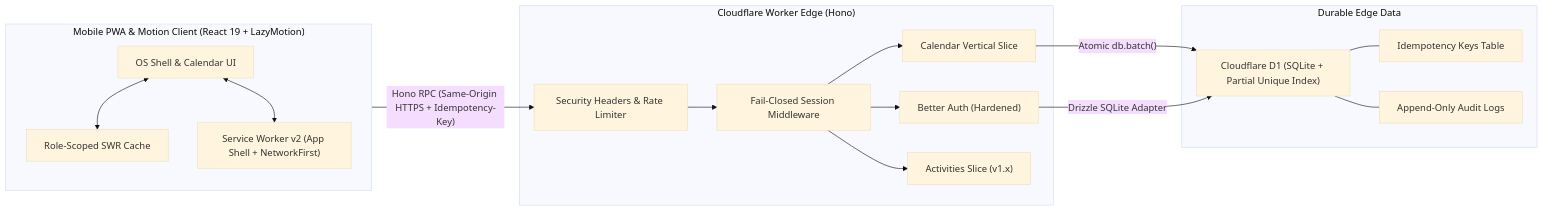
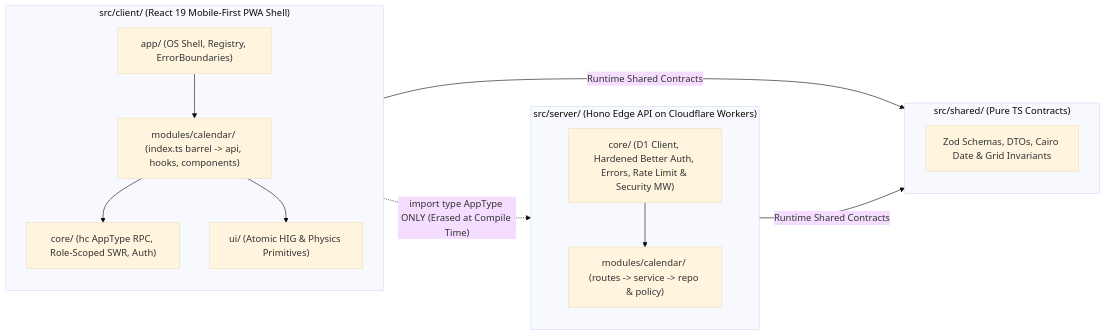
One commit to mostafammy/nvmsa-os changed the first of 3 diagrams in docs/specs/NVMSA_OS_MASTER_SPEC.md. Above: the diagram before and after it, drawn with Mermaid (base theme). The commit also changed other lines of this file, not shown here.

Commit message:
docs(spec): unify RFC-001 canonical specification with v1.0 codebase audit and migration plan

````diff
--- a/docs/specs/NVMSA_OS_MASTER_SPEC.md
+++ b/docs/specs/NVMSA_OS_MASTER_SPEC.md
@@ -101,34 +73,26 @@
 ```mermaid
 flowchart LR
-  subgraph Client["Mobile PWA & Motion Client (React 19 + LazyMotion)"]
-    UI["OS Shell & Calendar UI"]
-    Cache["Role-Scoped SWR Cache"]
-    SW["Service Worker v2 (App Shell + NetworkFirst)"]
-    UI <--> Cache
-    UI <--> SW
+  subgraph Client["src/client/ (React 19 Mobile-First PWA Shell)"]
+    App["app/ (OS Shell, Registry, ErrorBoundaries)"]
+    CoreC["core/ (hc AppType RPC, Role-Scoped SWR, Auth)"]
+    UI["ui/ (Atomic HIG & Physics Primitives)"]
+    ModC["modules/calendar/ (index.ts barrel -> api, hooks, components)"]
+    App --> ModC
+    ModC --> CoreC
+    ModC --> UI
   end
 
-  subgraph Edge["Cloudflare Worker Edge (Hono)"]
-    Sec["Security Headers & Rate Limiter"]
-    Sess["Fail-Closed Session Middleware"]
-    Auth["Better Auth (Hardened)"]
-    ModCal["Calendar Vertical Slice"]
-    ModAct["Activities Slice (v1.x)"]
-    Sec --> Sess
-    Sess --> Auth
-    Sess --> ModCal
-    Sess --> ModAct
+  subgraph Shared["src/shared/ (Pure TS Contracts)"]
+    Contracts["Zod Schemas, DTOs, Cairo Date & Grid Invariants"]
   end
 
-  subgraph Storage["Durable Edge Data"]
-    D1["Cloudflare D1 (SQLite + Partial Unique Index)"]
-    Idemp["Idempotency Keys Table"]
-    Audit["Append-Only Audit Logs"]
-    D1 --- Idemp
-    D1 --- Audit
+  subgraph Server["src/server/ (Hono Edge API on Cloudflare Workers)"]
+    CoreS["core/ (D1 Client, Hardened Better Auth, Errors, Rate Limit & Security MW)"]
+    ModS["modules/calendar/ (routes -> service -> repo & policy)"]
+    CoreS --> ModS
   end
 
-  Client -- "Hono RPC (Same-Origin HTTPS + Idempotency-Key)" --> Sec
-  ModCal -- "Atomic db.batch()" --> D1
-  Auth -- "Drizzle SQLite Adapter" --> D1
+  Client -- "Runtime Shared Contracts" --> Shared
+  Server -- "Runtime Shared Contracts" --> Shared
+  Client -. "import type AppType ONLY (Erased at Compile Time)" .-> Server
 ```
````
